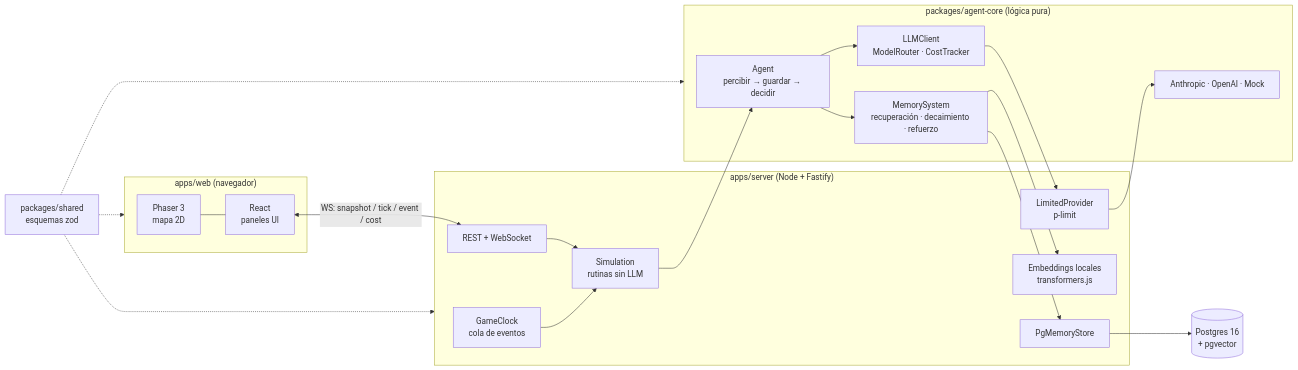
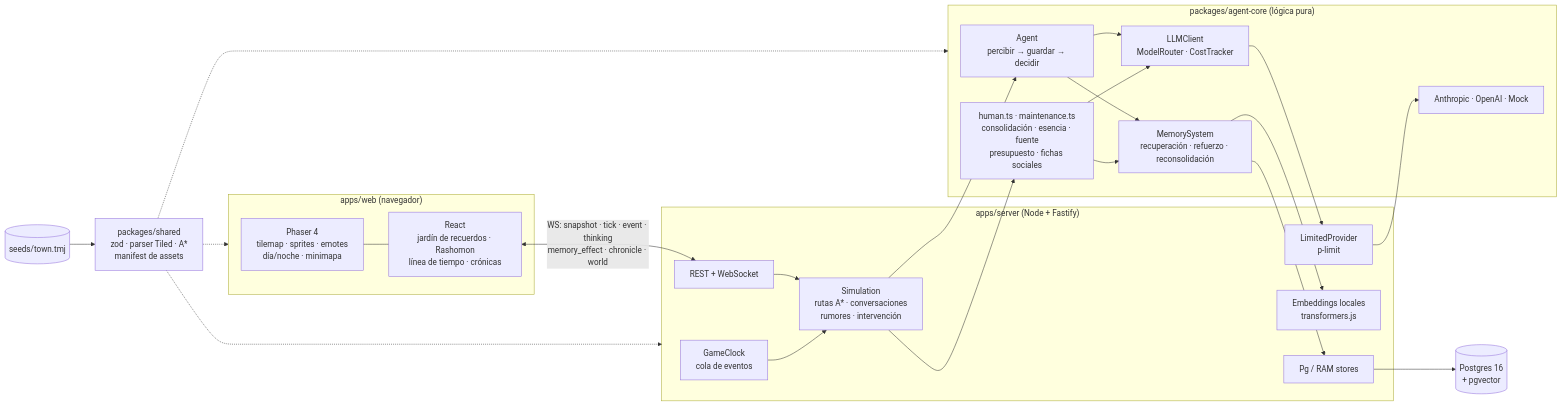
The diagram in README.md (jaume768/Lethetown), drawn with Mermaid before and after one commit. The commit also changed other lines of this file and 2 other files, not shown here.

Commit message:
docs: README y CLAUDE.md con mapa Tiled, assets, memoria humana y funciones nuevas

````diff
--- a/README.md
+++ b/README.md
@@ -17,39 +20,45 @@
 ```mermaid
 flowchart LR
   subgraph web["apps/web (navegador)"]
-    Phaser["Phaser 3<br/>mapa 2D"]
-    React["React<br/>paneles UI"]
+    Phaser["Phaser 4<br/>tilemap · sprites · emotes<br/>día/noche · minimapa"]
+    React["React<br/>jardín de recuerdos · Rashomon<br/>línea de tiempo · crónicas"]
   end
 
   subgraph server["apps/server (Node + Fastify)"]
     API["REST + WebSocket"]
     Clock["GameClock<br/>cola de eventos"]
-    Sim["Simulation<br/>rutinas sin LLM"]
+    Sim["Simulation<br/>rutas A* · conversaciones<br/>rumores · intervención"]
     Queue["LimitedProvider<br/>p-limit"]
     Emb["Embeddings locales<br/>transformers.js"]
-    PgStore["PgMemoryStore"]
+    Stores["Pg / RAM stores"]
   end
 
   subgraph core["packages/agent-core (lógica pura)"]
     Agent["Agent<br/>percibir → guardar → decidir"]
-    Mem["MemorySystem<br/>recuperación · decaimiento · refuerzo"]
+    Mem["MemorySystem<br/>recuperación · refuerzo · reconsolidación"]
+    Human["human.ts · maintenance.ts<br/>consolidación · esencia · fuente<br/>presupuesto · fichas sociales"]
     LLM["LLMClient<br/>ModelRouter · CostTracker"]
     Prov["Anthropic · OpenAI · Mock"]
   end
 
-  shared["packages/shared<br/>esquemas zod"]
+  shared["packages/shared<br/>zod · parser Tiled · A*<br/>manifest de assets"]
+  tmj[("seeds/town.tmj")]
 
-  React <-- "WS: snapshot / tick / event / cost" --> API
+  React <-- "WS: snapshot · tick · event · thinking<br/>memory_effect · chronicle · world" --> API
   Phaser --- React
   API --> Sim
   Clock --> Sim
   Sim --> Agent
+  Sim --> Human
   Agent --> Mem
   Agent --> LLM
+  Human --> Mem
+  Human --> LLM
   LLM --> Queue --> Prov
   Mem --> Emb
-  Mem --> PgStore --> DB[("Postgres 16<br/>+ pgvector")]
+  Mem --> Stores --> DB[("Postgres 16<br/>+ pgvector")]
+  tmj --> shared
   shared -.-> web
   shared -.-> server
   shared -.-> core
 ```
````
